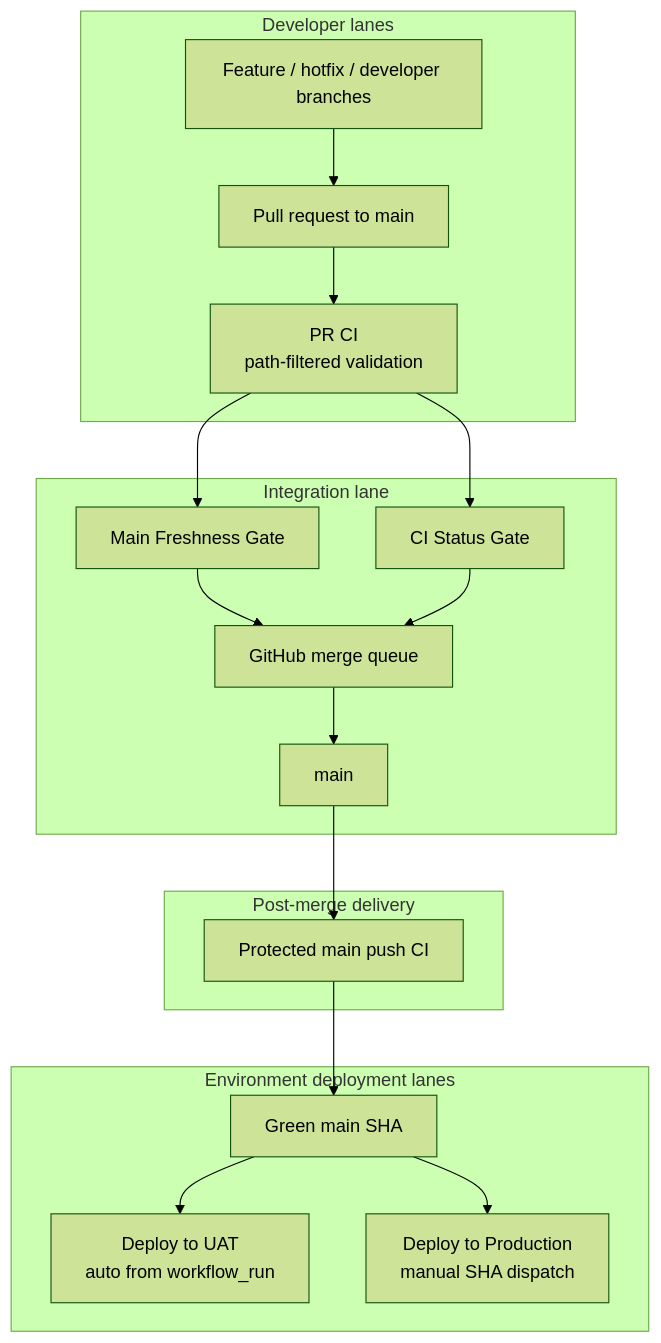
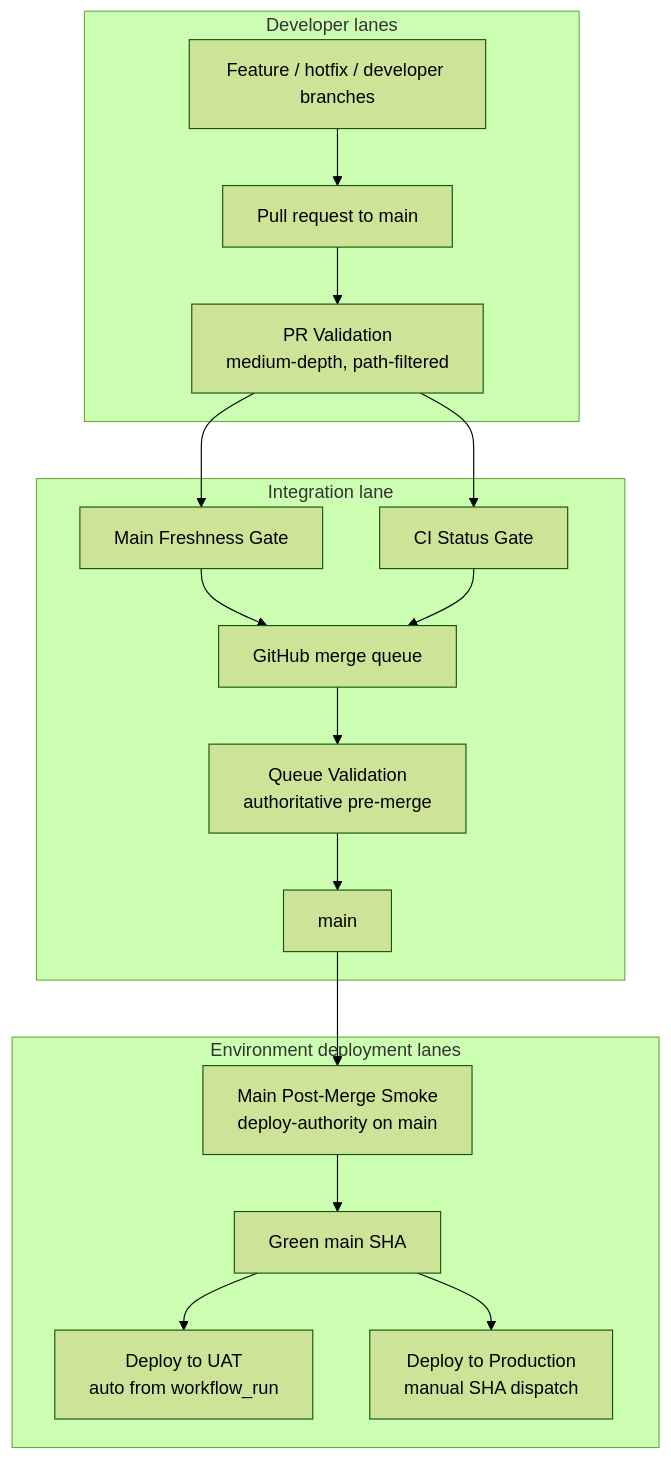
Before and after one commit to hushh-labs/hushh-research: the diagram in docs/reference/operations/ci.md, drawn with Mermaid (forest theme). The commit also changed other lines of this file and 18 other files, not shown here.

Commit message:
Optimize queue-first CI and deploy governance

````diff
--- a/docs/reference/operations/ci.md
+++ b/docs/reference/operations/ci.md
@@ -6,34 +6,32 @@
 ```mermaid
 flowchart TB
   subgraph dev["Developer lanes"]
     feat["Feature / hotfix / developer branches"]
     pr["Pull request to main"]
-    prci["PR CI<br/>path-filtered validation"]
+    prci["PR Validation<br/>medium-depth, path-filtered"]
   end
 
   subgraph integration["Integration lane"]
     freshness["Main Freshness Gate"]
     status["CI Status Gate"]
+    queueci["Queue Validation<br/>authoritative pre-merge"]
     queue["GitHub merge queue"]
     main["main"]
   end
 
   subgraph release["Environment deployment lanes"]
     green["Green main SHA"]
+    smoke["Main Post-Merge Smoke<br/>deploy-authority on main"]
     uat["Deploy to UAT<br/>auto from workflow_run"]
     prod["Deploy to Production<br/>manual SHA dispatch"]
-  end
-
-  subgraph delivery["Post-merge delivery"]
-    pushci["Protected main push CI"]
   end
 
   feat --> pr --> prci
   prci --> freshness
   prci --> status
   freshness --> queue
   status --> queue
-  queue --> main --> pushci --> green
+  queue --> queueci --> main --> smoke --> green
   green --> uat
   green --> prod
 ```
````
